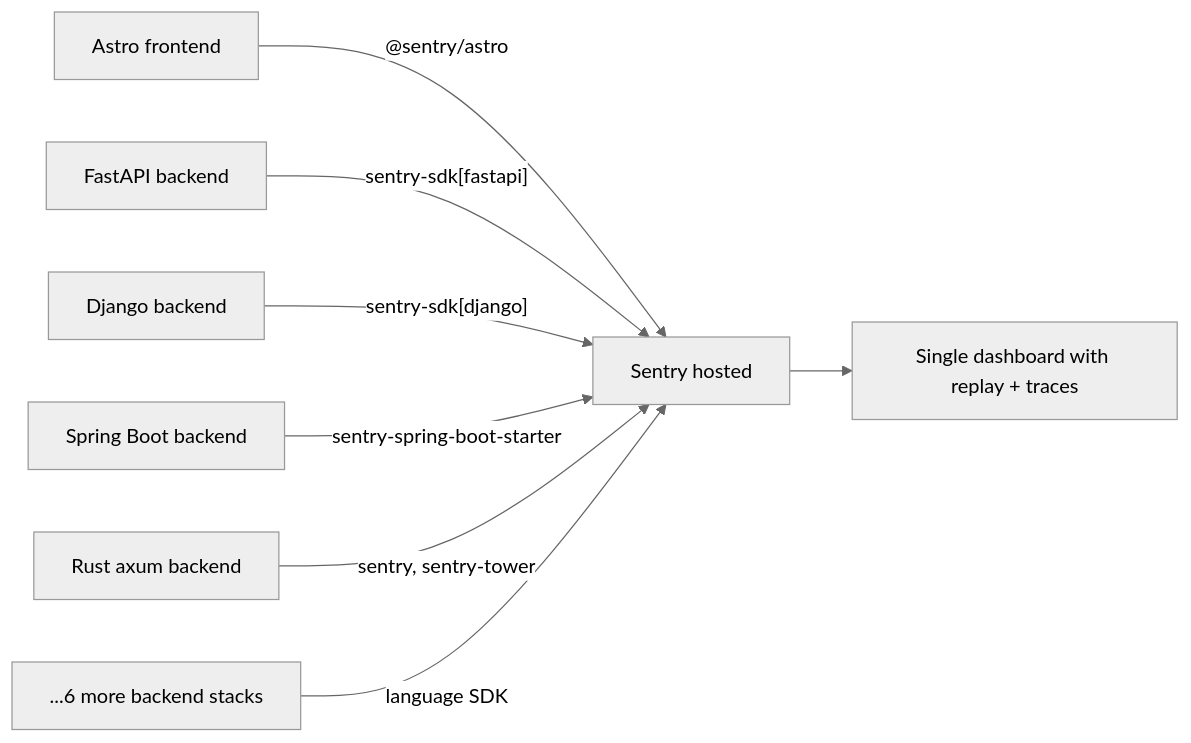
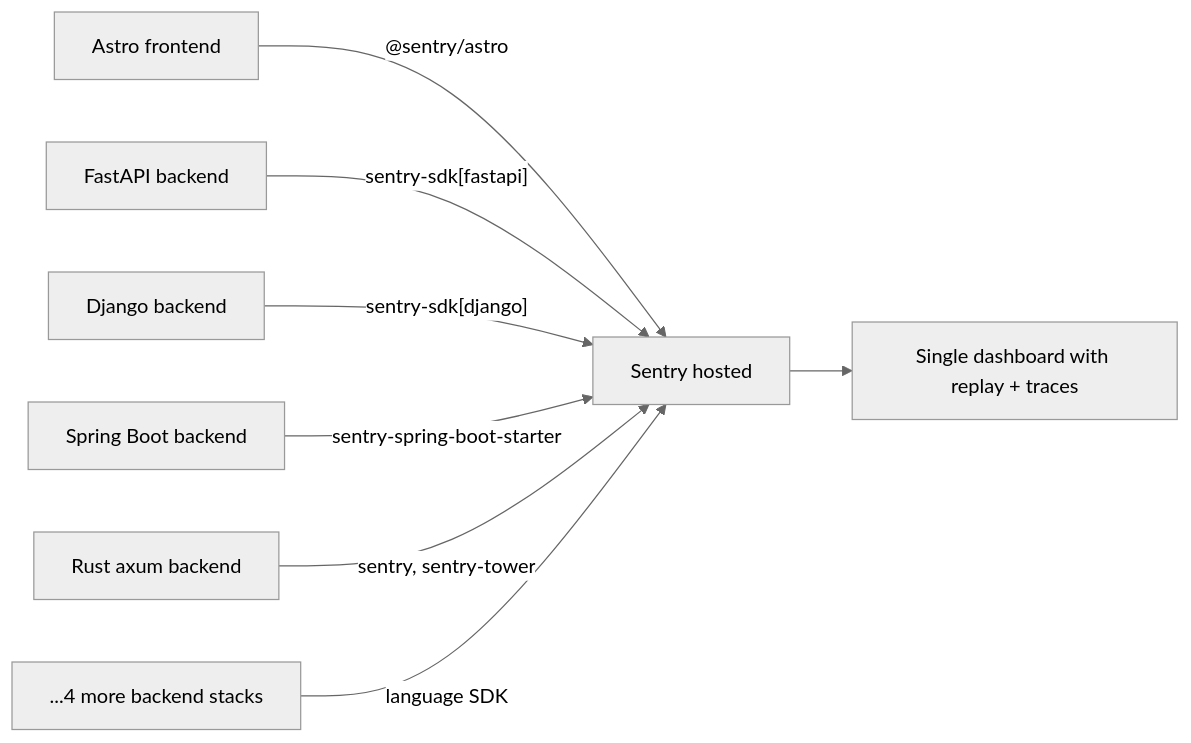
One commit to cuberhaus/PersonalPortfolio changed the diagram in docs/debugging-architecture.md. Above: the diagram before and after it, drawn with Mermaid (neutral theme). The commit also changed other lines of this file and 3 other files, not shown here.

First line of the commit message:
Refactor debugging architecture documentation and introduce decision rationale

````diff
--- a/docs/debugging-architecture.md
+++ b/docs/debugging-architecture.md
@@ -377,10 +104,10 @@
 ```mermaid
 flowchart LR
     browser["Astro frontend"] -->|"@sentry/astro"| sentry["Sentry hosted"]
     fastapi["FastAPI backend"] -->|"sentry-sdk[fastapi]"| sentry
     django["Django backend"] -->|"sentry-sdk[django]"| sentry
     spring["Spring Boot backend"] -->|"sentry-spring-boot-starter"| sentry
     rust["Rust axum backend"] -->|"sentry, sentry-tower"| sentry
-    others["...6 more backend stacks"] -->|"language SDK"| sentry
+    others["...4 more backend stacks"] -->|"language SDK"| sentry
     sentry --> dash["Single dashboard with replay + traces"]
 ```
````
